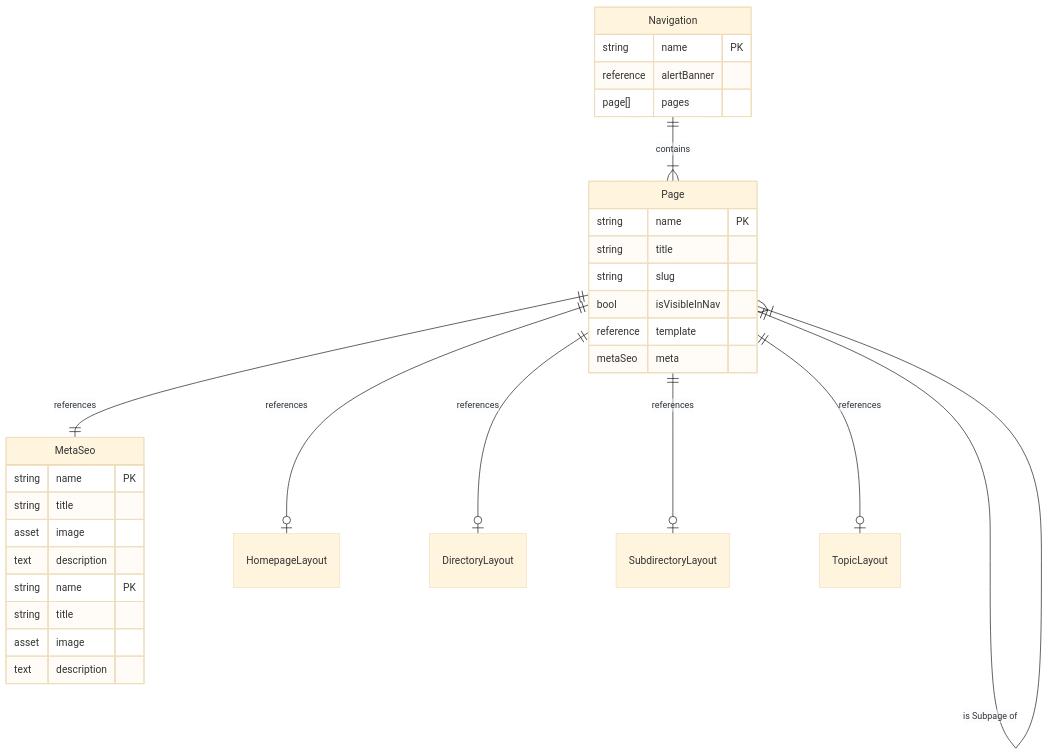
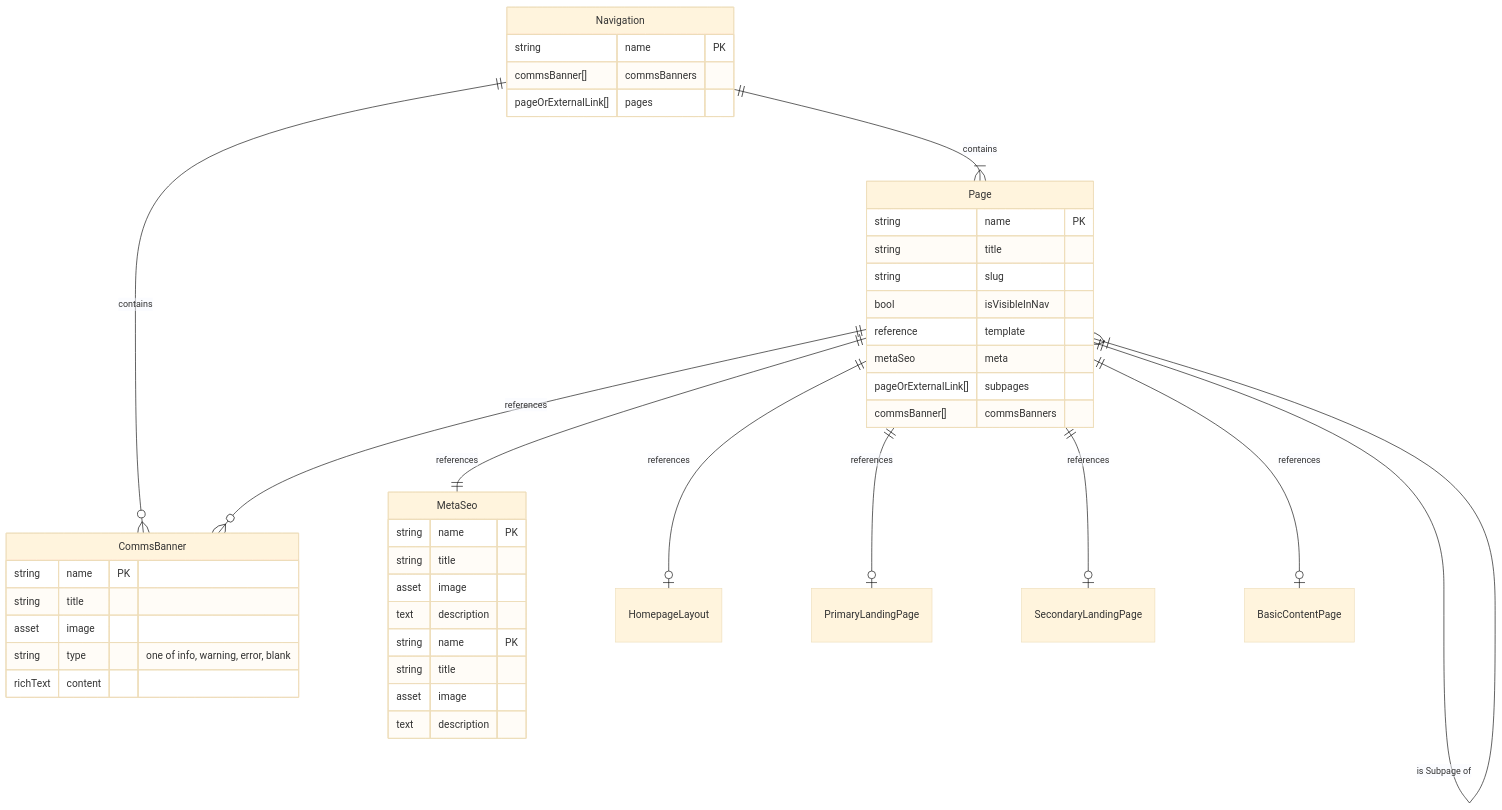
The diagram in src/navigation-erd.md (brendanpowershifter/erd-docs), drawn with Mermaid (base theme) before and after one commit. The commit also changed 21 other files, not shown here.

````diff
--- a/src/navigation-erd.md
+++ b/src/navigation-erd.md
@@ -1,40 +1,50 @@
 ```mermaid
   erDiagram
   Page||--|{Page: "is Subpage of"
   Navigation||--|{Page: contains
+  Navigation||--o{CommsBanner: contains
   Page||--||MetaSeo: references
   Page||--o|HomepageLayout: references
-  Page||--o|DirectoryLayout: references
-  Page||--o|SubdirectoryLayout: references
-  Page||--o|TopicLayout: references
+  Page||--o|PrimaryLandingPage: references
+  Page||--o|SecondaryLandingPage: references
+  Page||--o|BasicContentPage: references
+  Page||--o{CommsBanner: references
   Navigation {
     string name PK
-    reference alertBanner
-    page[] pages
+    commsBanner[] commsBanners
+    pageOrExternalLink[] pages
   }
   Page {
     string name PK
     string title
     string slug
     bool isVisibleInNav
     reference template
     metaSeo meta
+    pageOrExternalLink[] subpages
+    commsBanner[] commsBanners
   }
   MetaSeo {
     string name PK
     string title
     asset image
     text description
   }
   HomepageLayout
-  DirectoryLayout
-  SubdirectoryLayout
-  TopicLayout
+  PrimaryLandingPage
+  SecondaryLandingPage
+  BasicContentPage
   MetaSeo {
     string name PK
     string title
     asset image
     text description
   }
-
+  CommsBanner {
+    string name PK
+    string title
+    asset image
+    string type "one of info, warning, error, blank"
+    richText content
+  }
 ```
````
